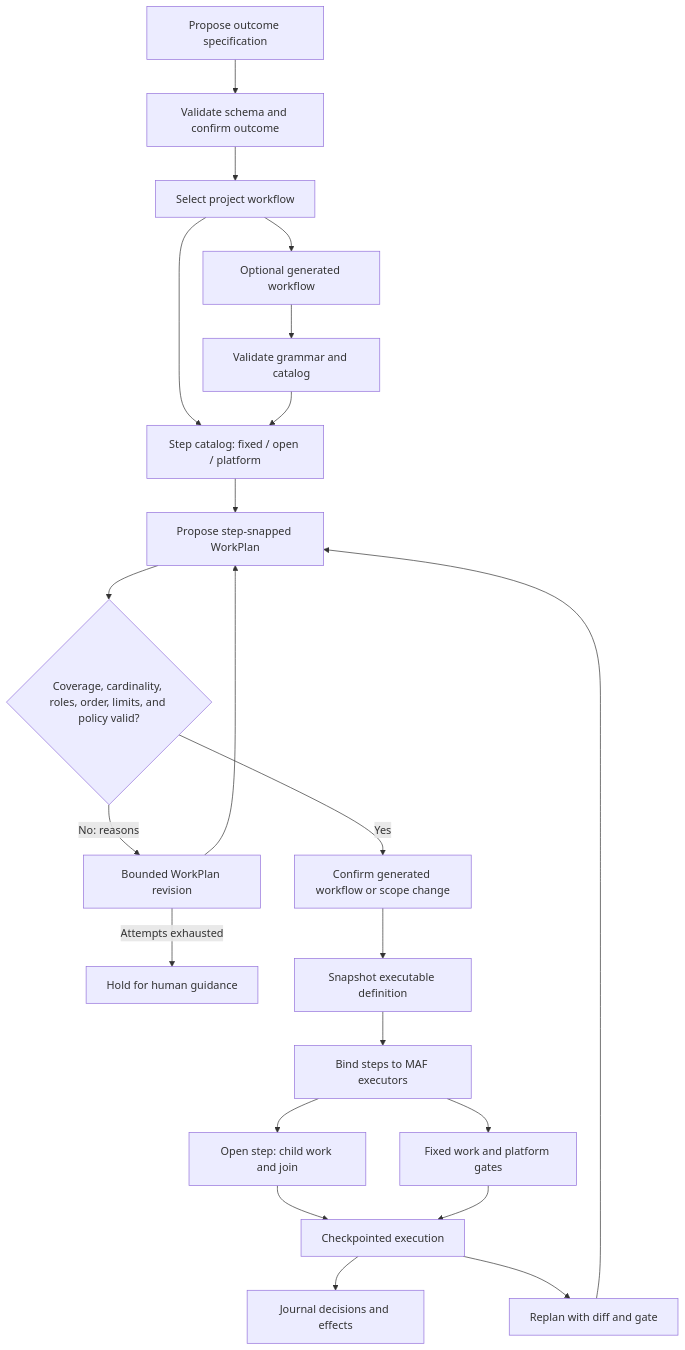
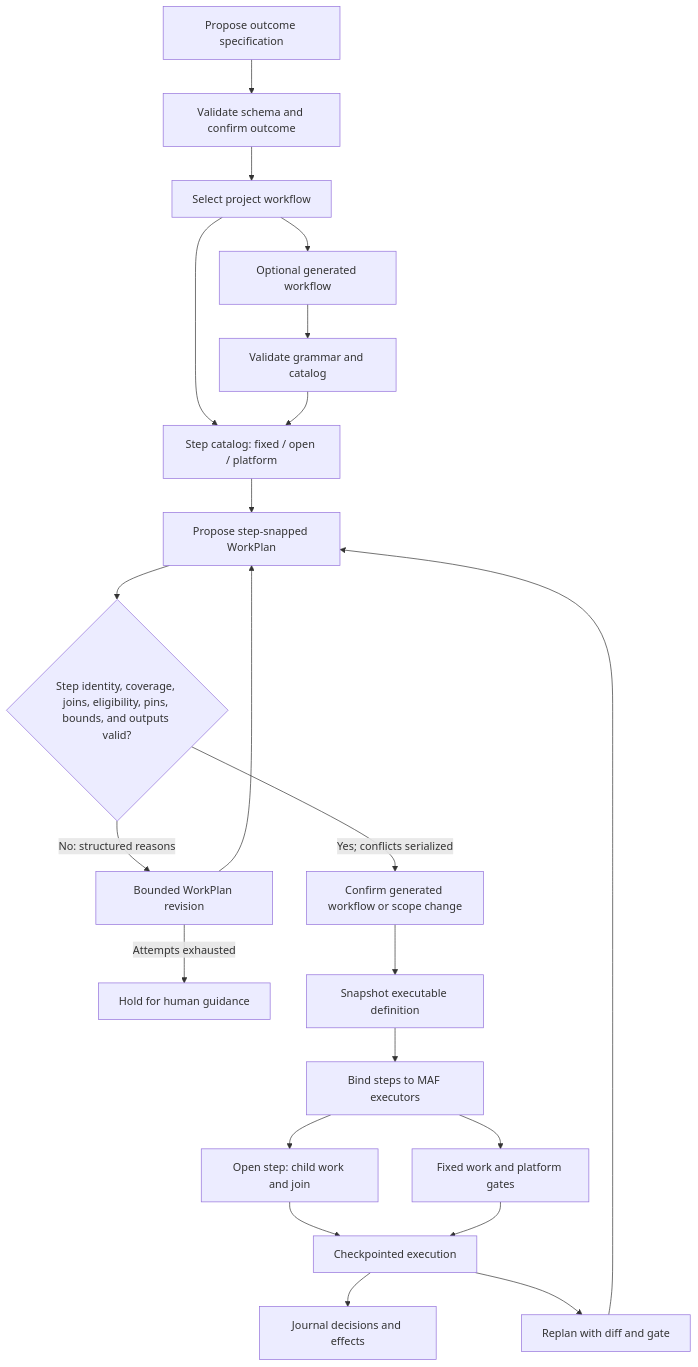
The diagram in docs/architecture/design/orchestration.md (sabbour/agentweaver), drawn with Mermaid before and after one commit. The commit also changed other lines of this file and 25 other files, not shown here.

First line of the commit message:
feat: add workflow catalog and plan validation

````diff
--- a/docs/architecture/design/orchestration.md
+++ b/docs/architecture/design/orchestration.md
@@ -157,24 +185,24 @@
 ```mermaid
 flowchart TD
     A["Propose outcome specification"] --> B["Validate schema and confirm outcome"]
     B --> C["Select project workflow"]
     C --> D["Step catalog: fixed / open / platform"]
     C --> E["Optional generated workflow"]
     E --> F["Validate grammar and catalog"]
     F --> D
     D --> G["Propose step-snapped WorkPlan"]
-    G --> V{"Coverage, cardinality, roles, order, limits, and policy valid?"}
-    V -->|"No: reasons"| R["Bounded WorkPlan revision"]
+    G -->     V{"Step identity, coverage, joins, eligibility, pins, bounds, and outputs valid?"}
+    V -->|"No: structured reasons"| R["Bounded WorkPlan revision"]
     R --> G
     R -->|"Attempts exhausted"| Z["Hold for human guidance"]
-    V -->|"Yes"| H["Confirm generated workflow or scope change"]
+    V -->|"Yes; conflicts serialized"| H["Confirm generated workflow or scope change"]
     H --> S["Snapshot executable definition"]
     S --> M["Bind steps to MAF executors"]
     M --> O["Open step: child work and join"]
     M --> T["Fixed work and platform gates"]
     O --> X["Checkpointed execution"]
     T --> X
     X --> J["Journal decisions and effects"]
     X --> Y["Replan with diff and gate"]
     Y --> G
 ```
````
